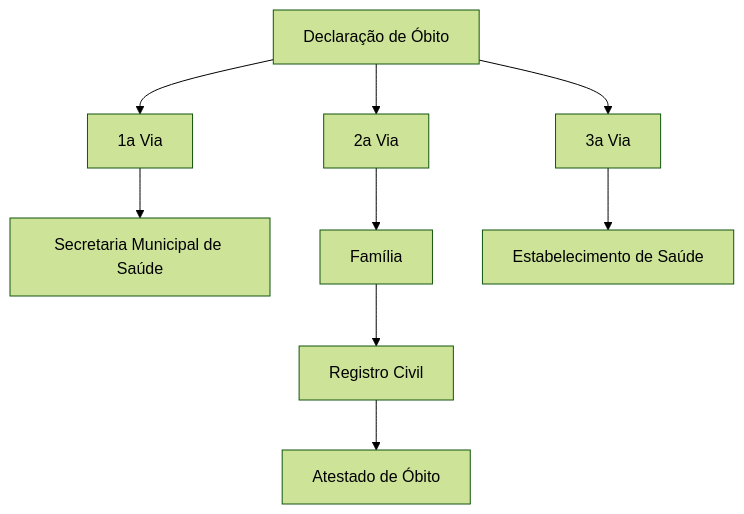
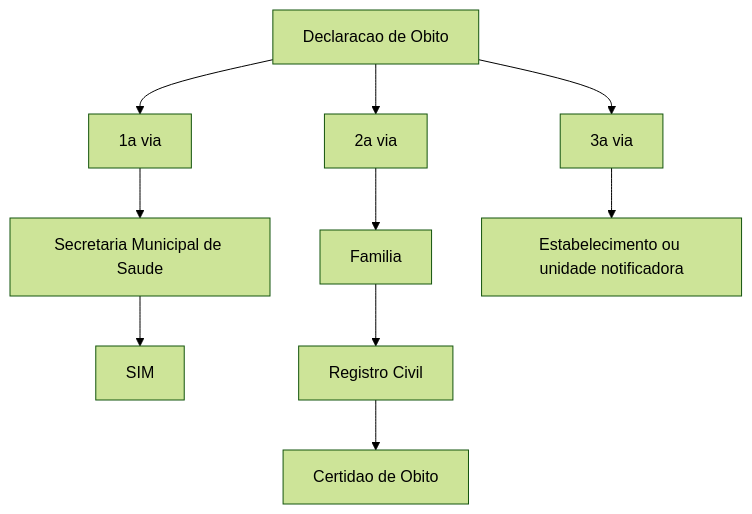
Before and after one commit to rfsaldanha/sis: the diagram in sim.qmd, drawn with Mermaid (forest theme). The commit also changed other lines of this file and 60 other files, not shown here.

````diff
--- a/sim.qmd
+++ b/sim.qmd
@@ -26,17 +75,17 @@
 ```{mermaid}
-%%| fig-cap: "Fluxo de emissão e destinação das vias da Declaração de Óbito "
-%%| label: fig-do
+%%| fig-cap: "Fluxo de emissão e destinação das vias da Declaração de Óbito"
+%%| label: fig-sim-do
+flowchart TD
+  do[Declaracao de Obito] --> via1[1a via]
+  do --> via2[2a via]
+  do --> via3[3a via]
 
-flowchart TD
-do[Declaração de Óbito] --> via1[1a Via]
-do --> via2[2a Via]
-do --> via3[3a Via]
+  via1 --> sms[Secretaria Municipal de Saude]
+  sms --> sim[SIM]
 
-via1 --> sms[Secretaria Municipal de Saúde]
+  via2 --> fam[Familia]
+  fam --> rg[Registro Civil]
+  rg --> cert[Certidao de Obito]
 
-via2 --> fam[Família]
-fam --> rg[Registro Civil]
-rg --> ao[Atestado de Óbito]
-
-via3 --> es[Estabelecimento de Saúde]
+  via3 --> es[Estabelecimento ou unidade notificadora]
 ```
````
